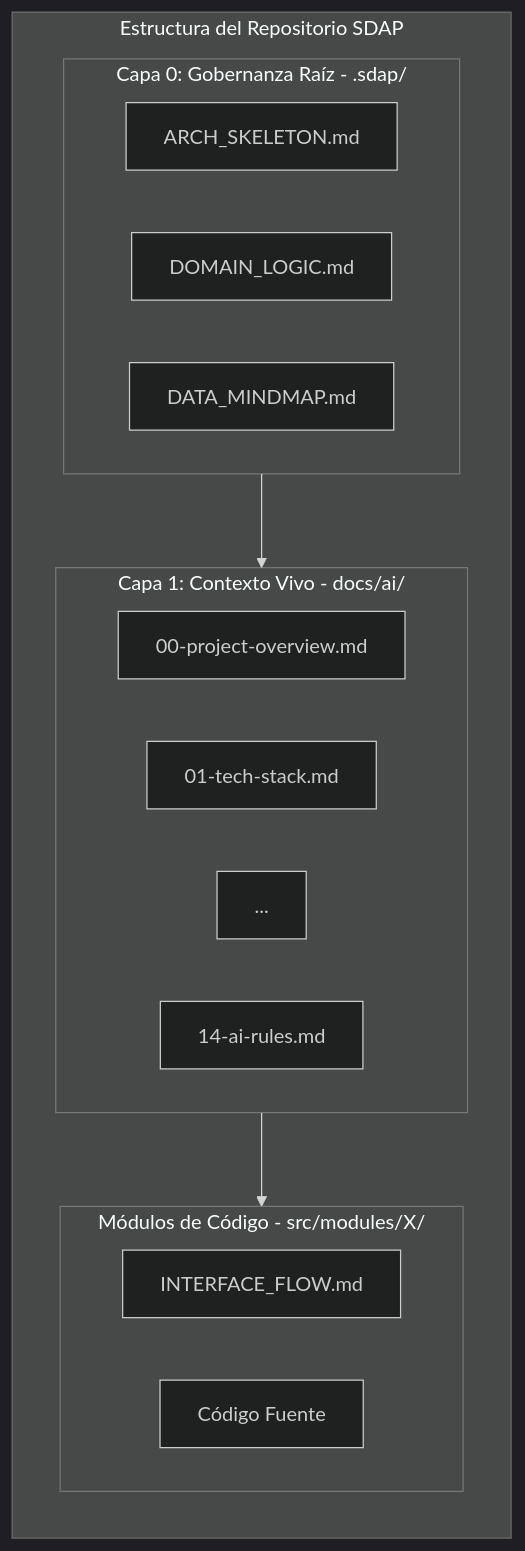
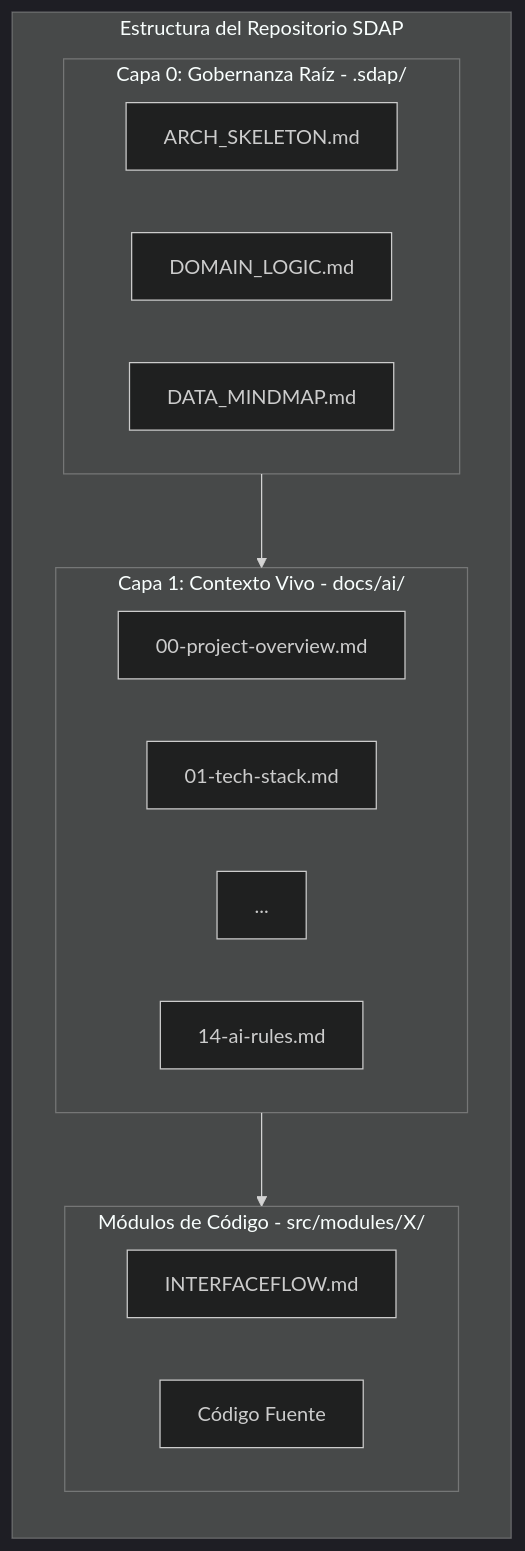
Before and after one commit to codeinapt/sdap-template: the diagram in specification/03-Chapter-III.md, drawn with Mermaid (dark theme).

Commit message:
Rename INTERFACE_FLOW.md to INTERFACEFLOW.md

````diff
--- a/specification/03-Chapter-III.md
+++ b/specification/03-Chapter-III.md
@@ -7,27 +7,27 @@
 ```mermaid
 graph TD
     subgraph Repo [Estructura del Repositorio SDAP]
         direction TB
         subgraph Capa0 [Capa 0: Gobernanza Raíz - .sdap/]
             ARCH[ARCH_SKELETON.md]
             DOM[DOMAIN_LOGIC.md]
             DATA[DATA_MINDMAP.md]
         end
 
         subgraph Capa1 [Capa 1: Contexto Vivo - docs/ai/]
             C1_1[00-project-overview.md]
             C1_2[01-tech-stack.md]
             C1_3[...]
             C1_15[14-ai-rules.md]
         end
 
         subgraph Modules [Módulos de Código - src/modules/X/]
-            FLOW[INTERFACE_FLOW.md]
+            FLOW[INTERFACEFLOW.md]
             SRC[Código Fuente]
         end
     end
 
     Capa0 --> Capa1
     Capa1 --> Modules
 
 ```
````
